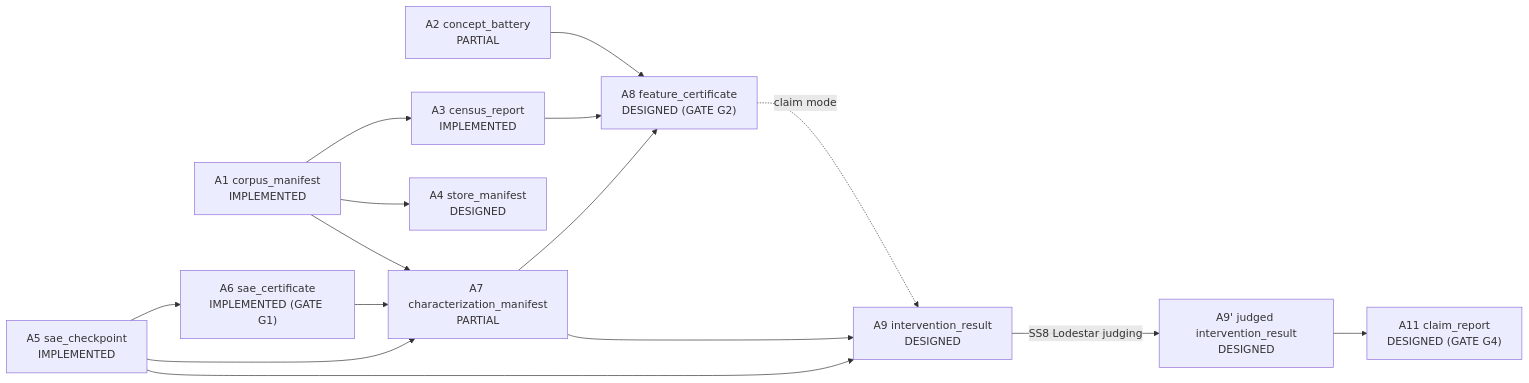
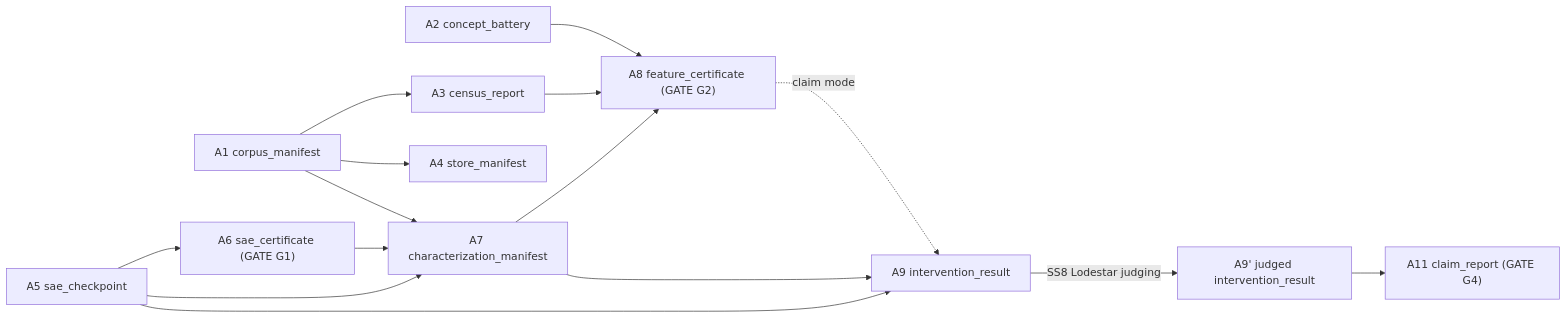
The diagram in reports/internship_report.md (mo-dev-x/Interlab), drawn with Mermaid before and after one commit. The commit also changed other lines of this file and 23 other files, not shown here.

````diff
--- a/reports/internship_report.md
+++ b/reports/internship_report.md
@@ -520,17 +520,17 @@
 ```mermaid
 flowchart LR
-    A2["A2 concept_battery\nPARTIAL"] --> A8
-    A1["A1 corpus_manifest\nIMPLEMENTED"] --> A3["A3 census_report\nIMPLEMENTED"]
-    A1 --> A4["A4 store_manifest\nDESIGNED"]
+    A2["A2 concept_battery"] --> A8
+    A1["A1 corpus_manifest"] --> A3["A3 census_report"]
+    A1 --> A4["A4 store_manifest"]
     A1 --> A7
-    A5["A5 sae_checkpoint\nIMPLEMENTED"] --> A6["A6 sae_certificate\nIMPLEMENTED (GATE G1)"]
-    A5 --> A7["A7 characterization_manifest\nPARTIAL"]
+    A5["A5 sae_checkpoint"] --> A6["A6 sae_certificate (GATE G1)"]
+    A5 --> A7["A7 characterization_manifest"]
     A6 --> A7
-    A7 --> A8["A8 feature_certificate\nDESIGNED (GATE G2)"]
+    A7 --> A8["A8 feature_certificate (GATE G2)"]
     A3 --> A8
-    A5 --> A9["A9 intervention_result\nDESIGNED"]
+    A5 --> A9["A9 intervention_result"]
     A7 --> A9
     A8 -. claim mode .-> A9
-    A9 -->|SS8 Lodestar judging| A9J["A9' judged intervention_result\nDESIGNED"]
-    A9J --> A11["A11 claim_report\nDESIGNED (GATE G4)"]
+    A9 -->|SS8 Lodestar judging| A9J["A9' judged intervention_result"]
+    A9J --> A11["A11 claim_report (GATE G4)"]
 ```
````
